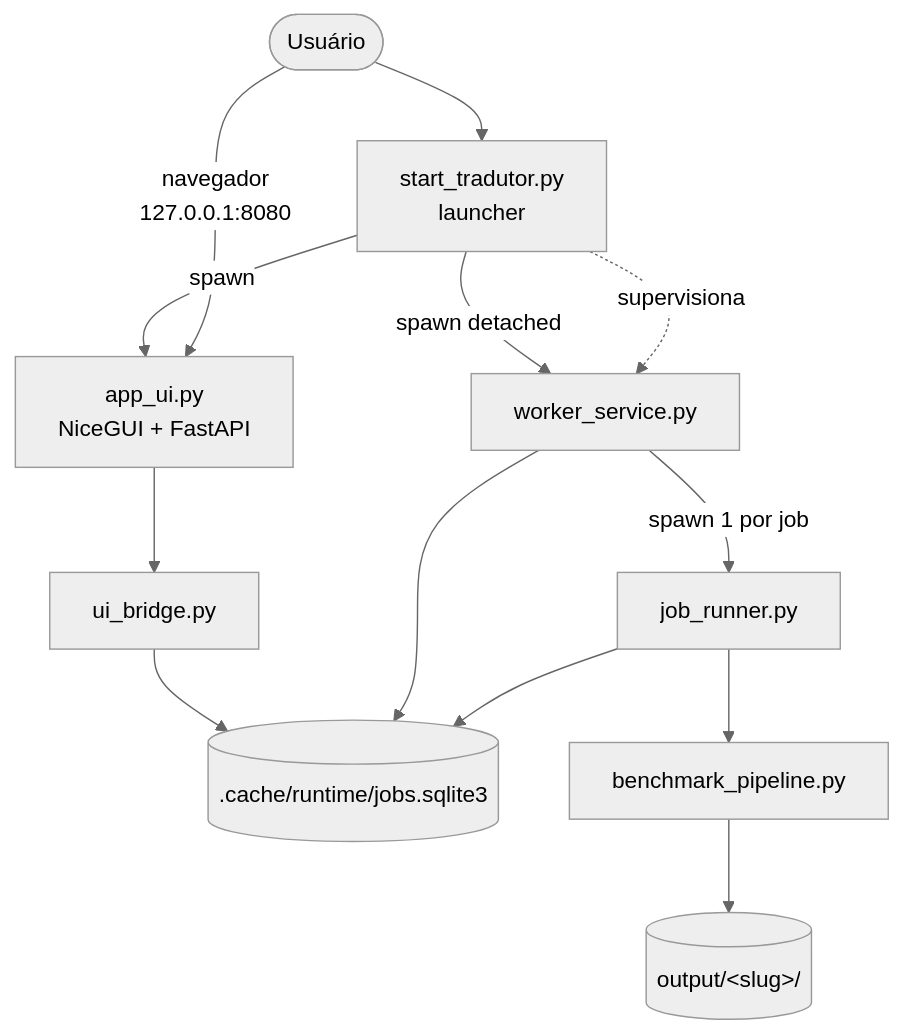
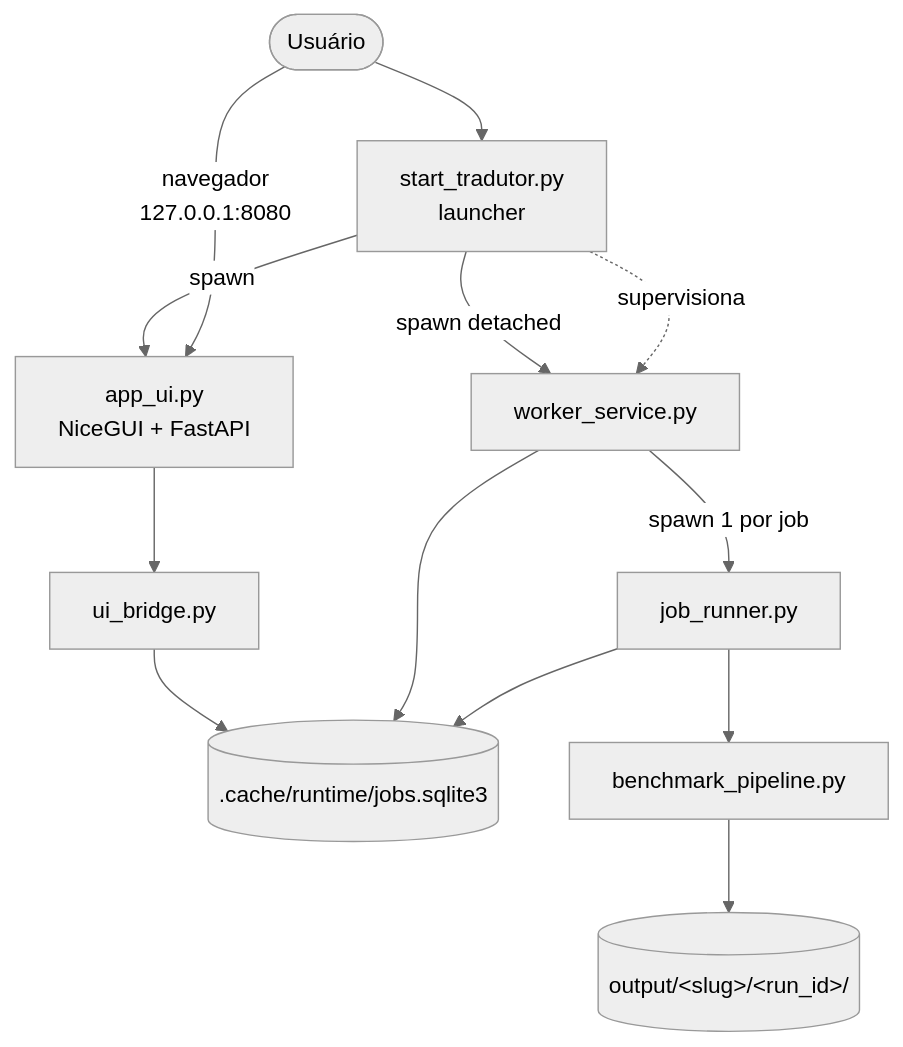
Before and after one commit to HenriquePvAr/Yomu-Sekai: the first of 5 diagrams in docs/technical/DOCUMENTACAO_TECNICA.md, drawn with Mermaid (neutral theme). The commit also changed other lines of this file and 9 other files, not shown here.

Commit message:
fix: preserve output artifacts per run

````diff
--- a/docs/technical/DOCUMENTACAO_TECNICA.md
+++ b/docs/technical/DOCUMENTACAO_TECNICA.md
@@ -150,15 +150,15 @@
 ```mermaid
 flowchart TD
     U([Usuário]) --> L[start_tradutor.py<br/>launcher]
     L -->|spawn detached| W[worker_service.py]
     L -->|spawn| UI[app_ui.py<br/>NiceGUI + FastAPI]
     L -. supervisiona .-> W
     U -->|navegador<br/>127.0.0.1:8080| UI
     UI --> B[ui_bridge.py]
     B --> DB[(.cache/runtime/jobs.sqlite3)]
     W --> DB
     W -->|spawn 1 por job| R[job_runner.py]
     R --> P[benchmark_pipeline.py]
-    P --> O[(output/&lt;slug&gt;/)]
+    P --> O[(output/&lt;slug&gt;/&lt;run_id&gt;/)]
     R --> DB
 ```
````
